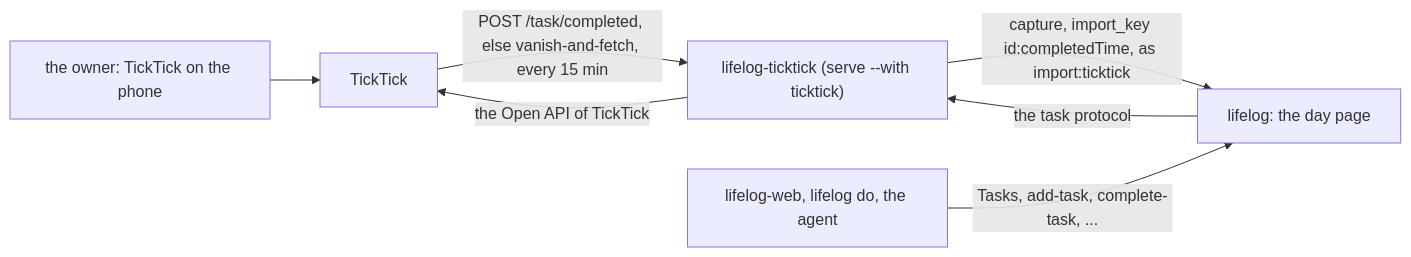
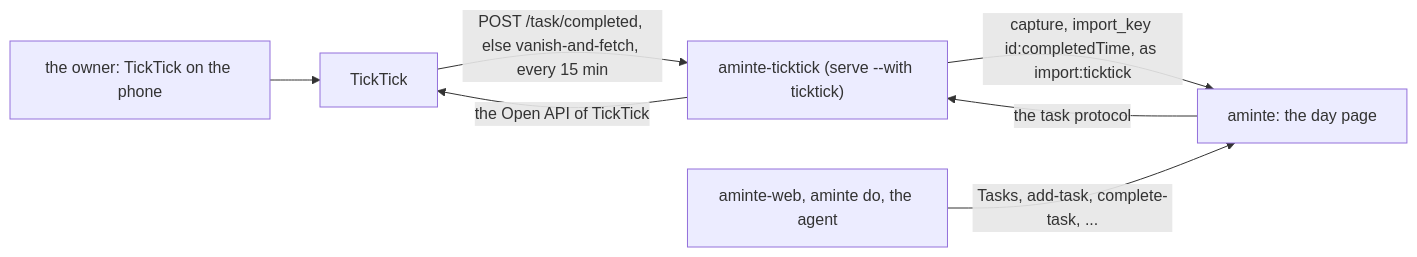
The first of 2 diagrams in extensions/ticktick/README.md (alexradunet/aminte), drawn with Mermaid before and after one commit. The commit also changed other lines of this file and 554 other files, not shown here.

First line of the commit message:
rename the project from lifelog to aminte

````diff
--- a/extensions/ticktick/README.md
+++ b/extensions/ticktick/README.md
@@ -13,9 +13,9 @@
 ```mermaid
 flowchart LR
   O["the owner: TickTick on the phone"] --> T["TickTick"]
-  T -->|"POST /task/completed, else vanish-and-fetch, every 15 min"| C["lifelog-ticktick (serve --with ticktick)"]
-  C -->|"capture, import_key id:completedTime, as import:ticktick"| L["lifelog: the day page"]
-  B["lifelog-web, lifelog do, the agent"] -->|"Tasks, add-task, complete-task, ..."| L
+  T -->|"POST /task/completed, else vanish-and-fetch, every 15 min"| C["aminte-ticktick (serve --with ticktick)"]
+  C -->|"capture, import_key id:completedTime, as import:ticktick"| L["aminte: the day page"]
+  B["aminte-web, aminte do, the agent"] -->|"Tasks, add-task, complete-task, ..."| L
   L -->|"the task protocol"| C
   C -->|"the Open API of TickTick"| T
 ```
````
